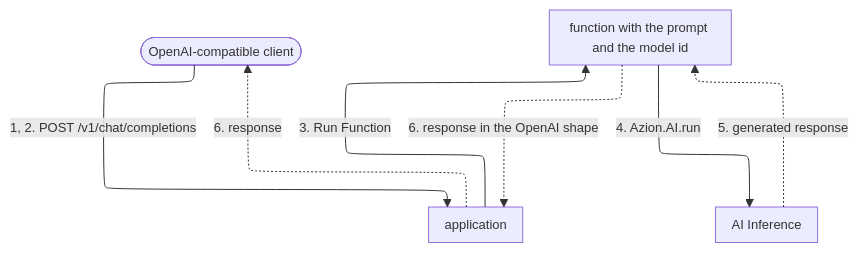
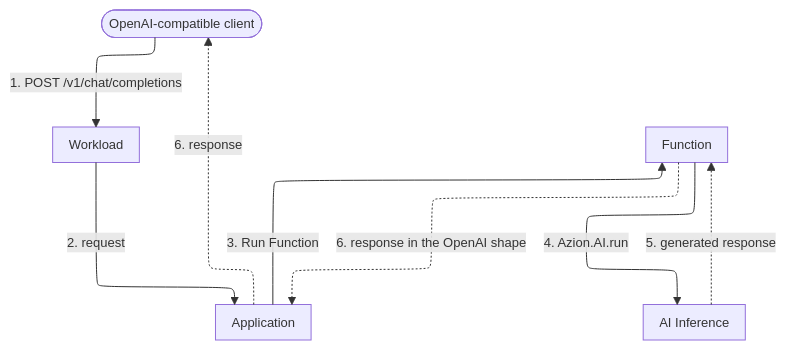
The diagram in apps/docs/src/content/docs/en/pages/architectures/artificial-intelligence/ai-inference-architecture.mdx (aziontech/docs), drawn with Mermaid before and after one commit. The commit also changed other lines of this file and 3 other files, not shown here.

First line of the commit message:
fix(ai-inference): correct the inference architecture and the Azion.AI runtime reference

````diff
--- a/apps/docs/src/content/docs/en/pages/architectures/artificial-intelligence/ai-inference-architecture.mdx
+++ b/apps/docs/src/content/docs/en/pages/architectures/artificial-intelligence/ai-inference-architecture.mdx
@@ -25,14 +25,16 @@
 ```mermaid
 %%{init: {"layout": "elk", "elk": {"cycleBreakingStrategy": "MODEL_ORDER"}, "themeVariables": {"fontSize": "13px"}, "flowchart": {"nodeSpacing": 24, "rankSpacing": 36, "padding": 8, "wrappingWidth": 150, "useMaxWidth": true}, "sequence": {"width": 120, "actorMargin": 30, "useMaxWidth": true}}}%%
 flowchart TD
   Client(["OpenAI-compatible client"])
-  App["application"]
-  Fn["function with the prompt and the model id"]
+  WL["Workload"]
+  App["Application"]
+  Fn["Function"]
   AI["AI Inference"]
-  Client -->|"1, 2. POST /v1/chat/completions"| App
+  Client -->|"1. POST /v1/chat/completions"| WL
+  WL -->|"2. request"| App
   App -->|"3. Run Function"| Fn
   Fn -->|"4. Azion.AI.run"| AI
   AI -.->|"5. generated response"| Fn
   Fn -.->|"6. response in the OpenAI shape"| App
   App -.->|"6. response"| Client
 ```
````
